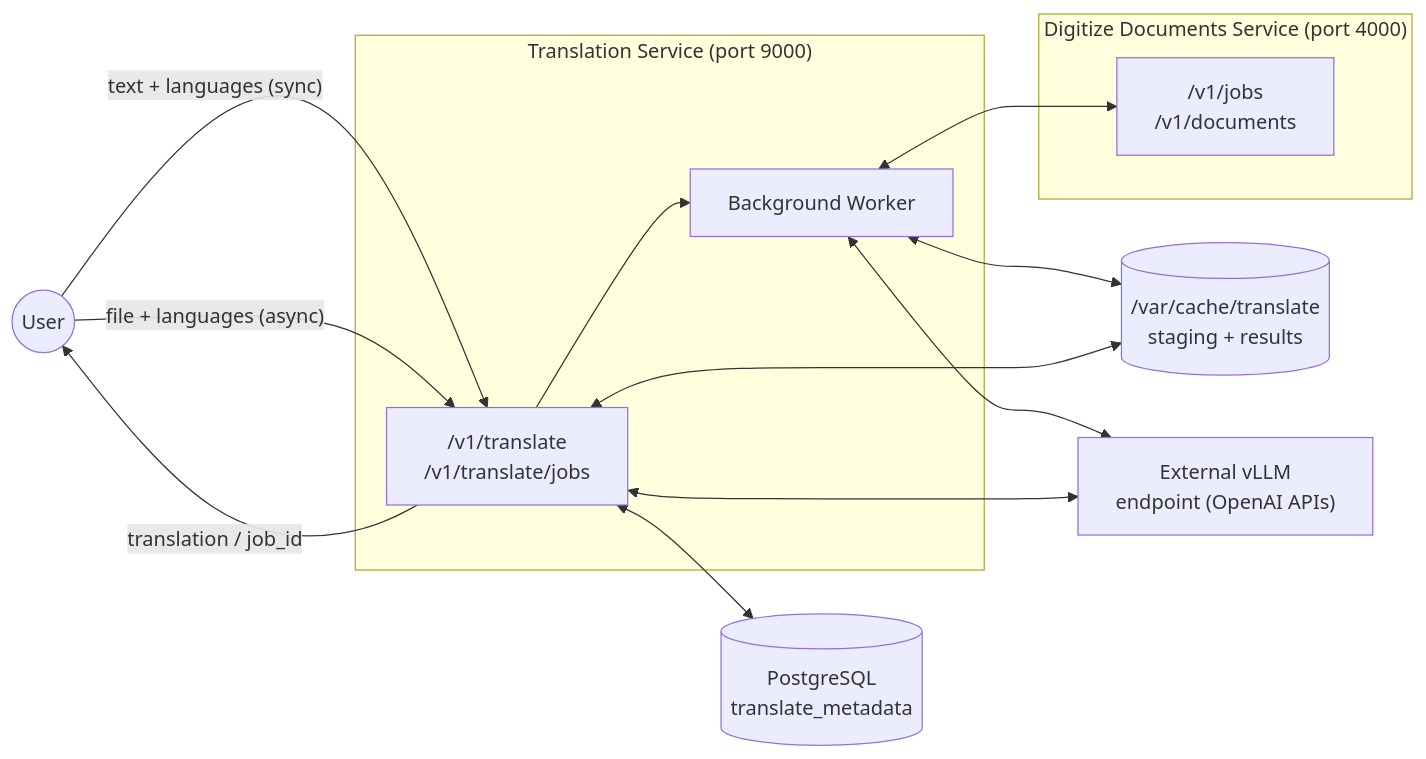
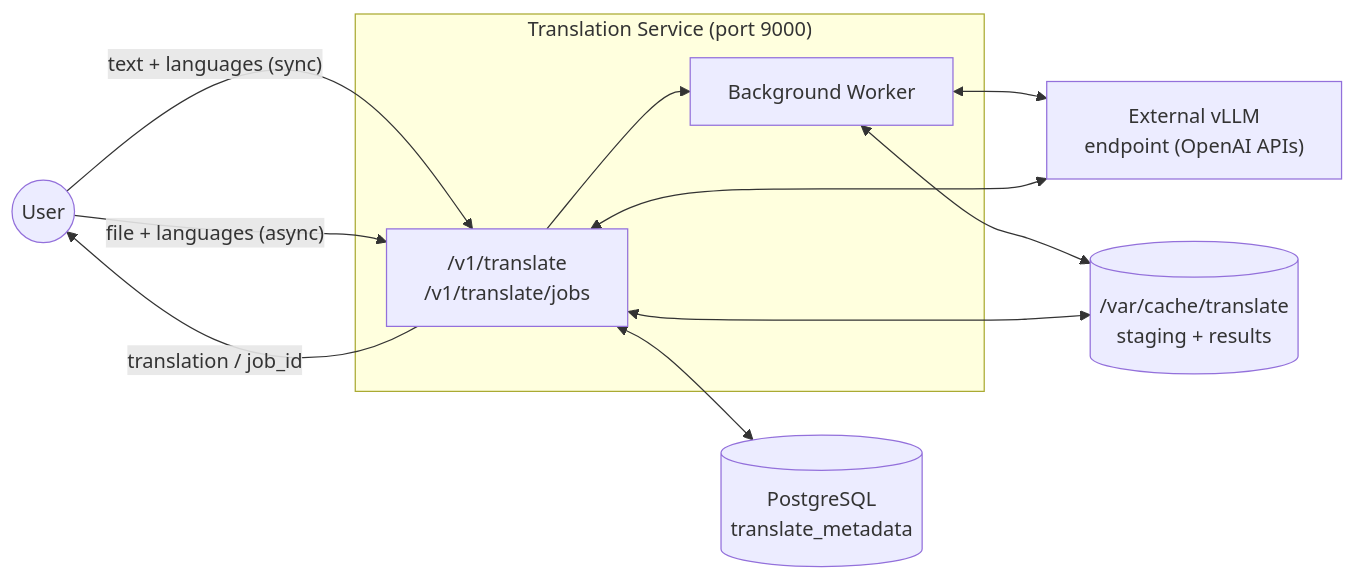
One commit to IBM/project-ai-services changed the first of 2 diagrams in docs/proposals/translation_service_proposal.md. Above: the diagram before and after it, drawn with Mermaid. The commit also changed other lines of this file, not shown here.

````diff
--- a/docs/proposals/translation_service_proposal.md
+++ b/docs/proposals/translation_service_proposal.md
@@ -380,28 +288,23 @@
 ```mermaid
 graph LR
     U((User))
 
     subgraph P1 ["Translation Service (port 9000)"]
         API["/v1/translate<br/>/v1/translate/jobs"]
         W["Background Worker"]
-    end
-
-    subgraph P2 ["Digitize Documents Service (port 4000)"]
-        DIG["/v1/jobs<br/>/v1/documents"]
     end
 
     PG[("PostgreSQL<br/>translate_metadata")]
     FS[("/var/cache/translate<br/>staging + results")]
     VLLM["External vLLM<br/>endpoint (OpenAI APIs)"]
 
     U -->|"text + languages (sync)"| API
     U -->|"file + languages (async)"| API
     API -->|"translation / job_id"| U
     API <--> PG
     API --> W
-    W <--> DIG
     W <--> VLLM
     API <--> VLLM
     W <--> FS
     API <--> FS
 ```
````
